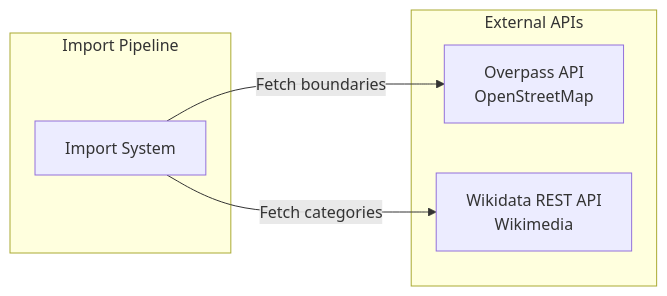
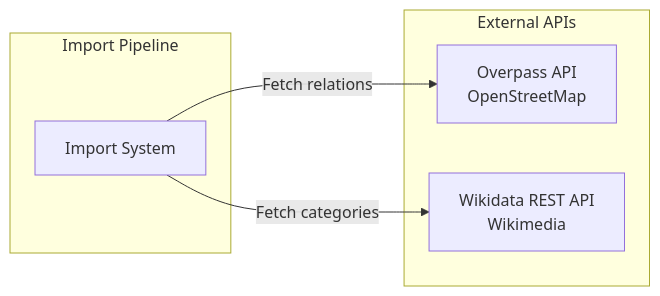
The first of 5 diagrams in docs/import/api-interactions.md (DaxServer/geocode-commons-categories), drawn with Mermaid before and after one commit. The commit also changed other lines of this file and 11 other files, not shown here.

````diff
--- a/docs/import/api-interactions.md
+++ b/docs/import/api-interactions.md
@@ -9,15 +7,14 @@
 ```mermaid
 graph LR
     subgraph "Import Pipeline"
         IMPORT[Import System]
     end
 
     subgraph "External APIs"
         OVERPASS[Overpass API<br/>OpenStreetMap]
         WIKIDATA[Wikidata REST API<br/>Wikimedia]
     end
 
-    IMPORT -->|Fetch boundaries| OVERPASS
+    IMPORT -->|Fetch relations| OVERPASS
     IMPORT -->|Fetch categories| WIKIDATA
-
 ```
````
